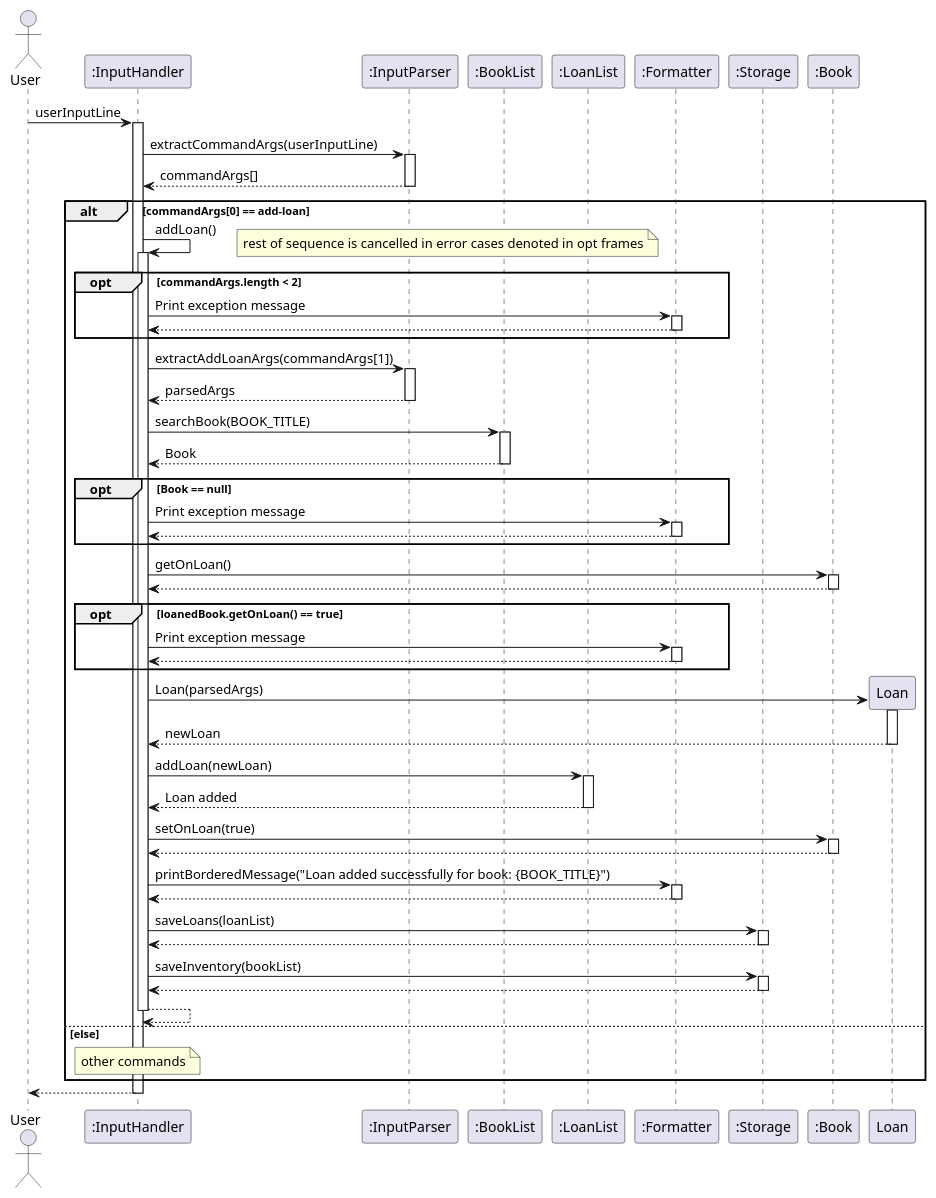
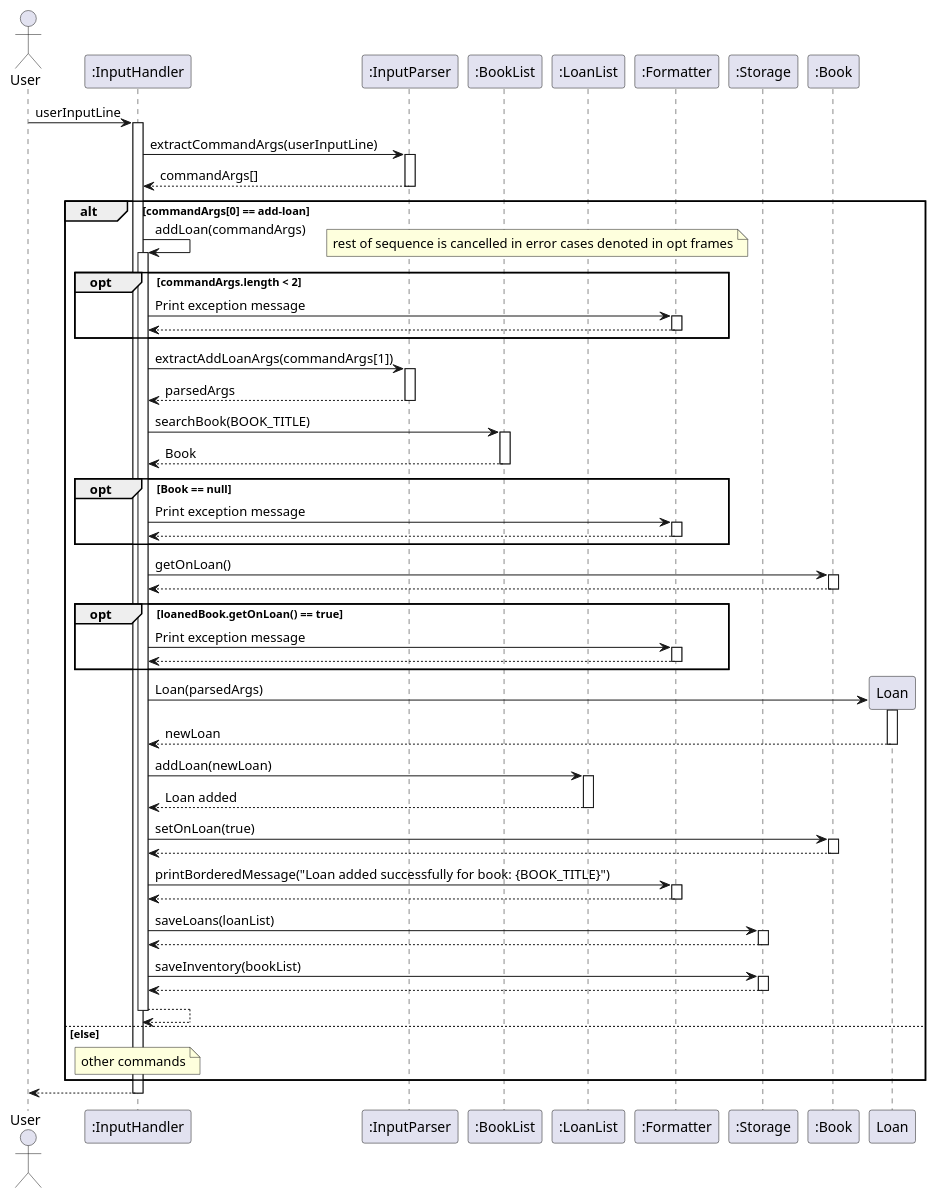
Before and after one commit to AY2425S2-CS2113-T12-2/tp: the diagram in docs/diagrams/addLoan.puml, drawn with PlantUML. The commit also changed 15 other files, not shown here.

Commit message:
add commandArgs into the method calls as arguments to reflect actual code

```diff
--- a/docs/diagrams/addLoan.puml
+++ b/docs/diagrams/addLoan.puml
@@ -1,111 +1,111 @@
 @startuml
 actor User
 participant InputHandler as ":InputHandler"
 participant InputParser as ":InputParser"
 participant BookList as ":BookList"
 participant LoanList as ":LoanList"
 participant Formatter as ":Formatter"
 participant Storage as ":Storage"
 participant Book as ":Book"
 
 User -> InputHandler: userInputLine
 activate InputHandler
 
 InputHandler -> InputParser: extractCommandArgs(userInputLine)
 activate InputParser
 
 InputParser --> InputHandler: commandArgs[]
 deactivate InputParser
 
 alt commandArgs[0] == add-loan
-    InputHandler -> InputHandler : addLoan()
+    InputHandler -> InputHandler : addLoan(commandArgs)
     activate InputHandler
 
 opt commandArgs.length < 2
     note right
     rest of sequence is cancelled in error cases denoted in opt frames
     end note
     InputHandler -> Formatter: Print exception message
     activate Formatter
     Formatter --> InputHandler
     deactivate Formatter
 end
     InputHandler -> InputParser: extractAddLoanArgs(commandArgs[1])
     activate InputParser
 
     InputParser --> InputHandler: parsedArgs
     deactivate InputParser
 
     InputHandler -> BookList: searchBook(BOOK_TITLE)
     activate BookList
 
     BookList --> InputHandler: Book
     deactivate BookList
 
     opt Book == null
         InputHandler -> Formatter: Print exception message
         activate Formatter
 
         Formatter --> InputHandler
         deactivate Formatter
     end
         InputHandler -> Book: getOnLoan()
         activate Book
 
         Book --> InputHandler
         deactivate Book
 
         opt loanedBook.getOnLoan() == true
             InputHandler -> Formatter: Print exception message
             activate Formatter
 
             Formatter --> InputHandler
             deactivate Formatter
         end
 
         InputHandler -> Loan ** : Loan(parsedArgs)
         activate Loan
 
         Loan --> InputHandler : newLoan
         deactivate Loan
 
 
         InputHandler -> LoanList: addLoan(newLoan)
         activate LoanList
         LoanList --> InputHandler: Loan added
         deactivate LoanList
 
         InputHandler -> Book: setOnLoan(true)
         activate Book
 
         Book --> InputHandler
         deactivate Book
 
         InputHandler -> Formatter: printBorderedMessage("Loan added successfully for book: {BOOK_TITLE}")
         activate Formatter
 
         Formatter --> InputHandler
         deactivate Formatter
 
         InputHandler -> Storage: saveLoans(loanList)
         activate Storage
 
         Storage --> InputHandler
         deactivate Storage
 
         InputHandler -> Storage: saveInventory(bookList)
         activate Storage
 
         Storage --> InputHandler
         deactivate Storage
 
 InputHandler --> InputHandler
 deactivate InputHandler
 
 else else
     note over InputHandler : other commands
 end
 
 InputHandler --> User
 deactivate InputHandler
 @enduml
```
